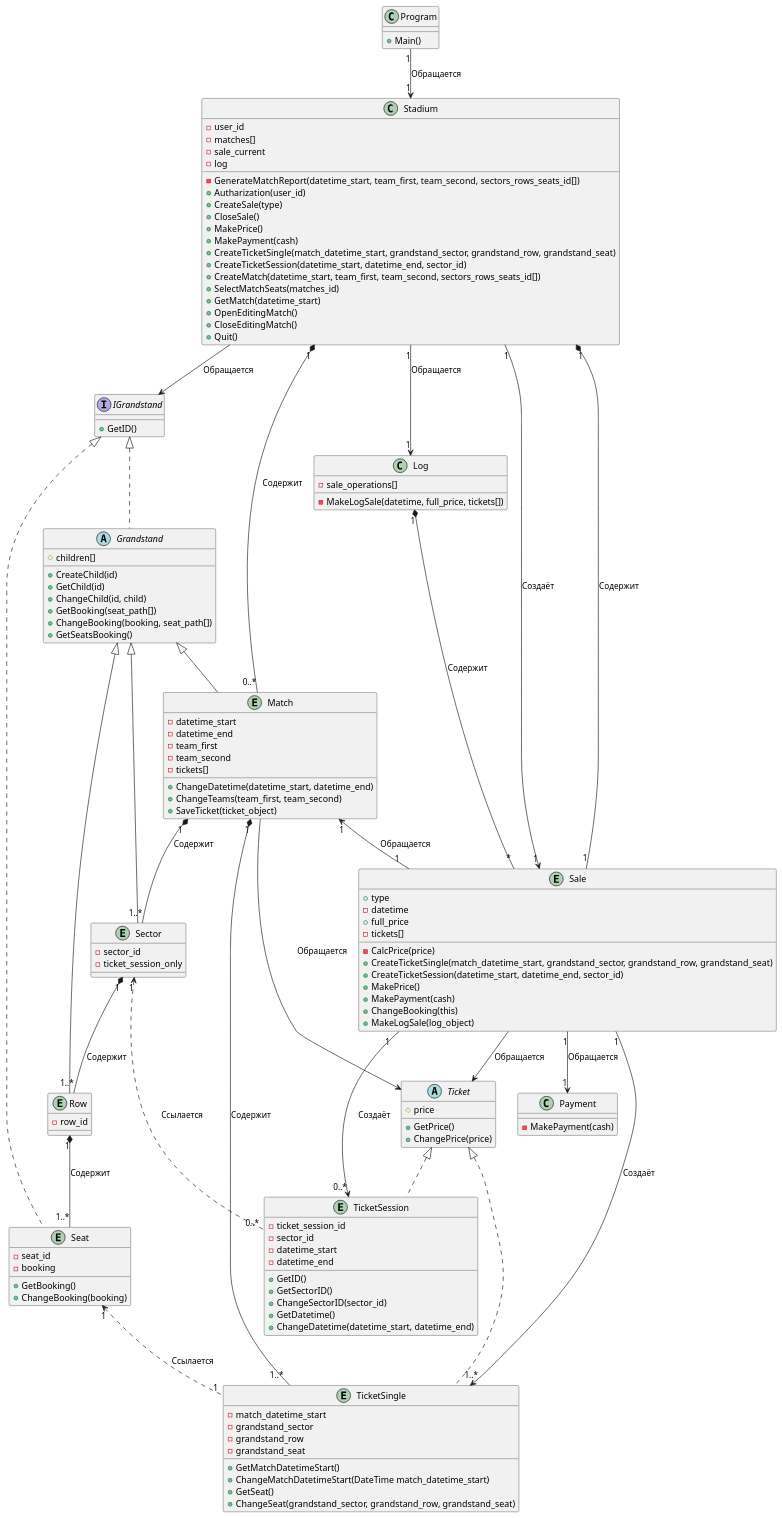
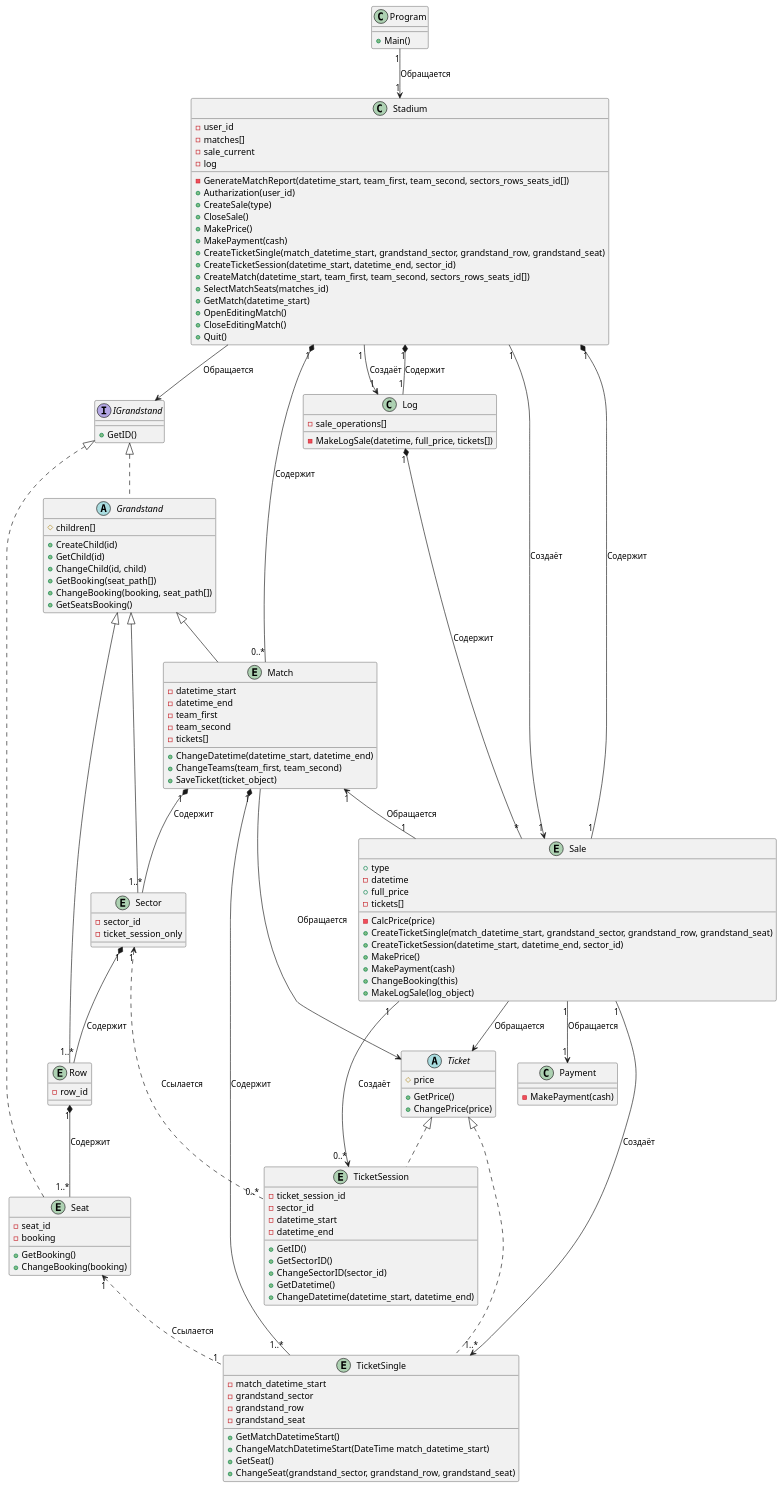
The diagram in Модель предметной области.md (penamarth/bsbo-03-23_team4_var10_football), drawn with PlantUML before and after one commit. The commit also changed 4 other files, not shown here.

```diff
--- a/Модель предметной области.md
+++ b/Модель предметной области.md
@@ -136,7 +136,8 @@
 Stadium "1" *-- "0..*" Match : Содержит
 Stadium "1" --> "1" Sale : Создаёт
 Stadium "1" *-- "1" Sale : Содержит
-Stadium "1" --> "1" Log : Обращается
+Stadium "1" --> "1" Log : Создаёт
+Stadium "1" *-- "1" Log : Содержит
 
 Match "1" *-- "1..*" Sector : Содержит
 Sector "1" *-- "1..*" Row : Содержит
```
